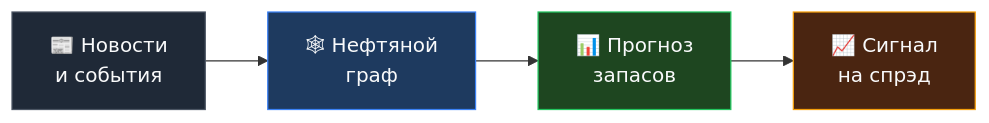
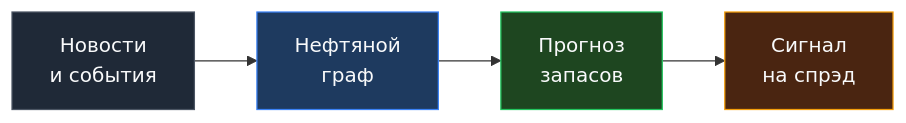
One commit to HSE-AI-Team61-clauDikie/oil-news-graph changed the first of 3 diagrams in README.md. Above: the diagram before and after it, drawn with Mermaid. The commit also changed other lines of this file, not shown here.

Commit message:
Remove emoji from README headings and diagrams

````diff
--- a/README.md
+++ b/README.md
@@ -63,11 +63,11 @@
 ```mermaid
 flowchart LR
-    A["📰 Новости<br/>и события"] --> B["🕸 Нефтяной<br/>граф"]
-    B --> C["📊 Прогноз<br/>запасов"]
-    C --> D["📈 Сигнал<br/>на спрэд"]
+    A["Новости<br/>и события"] --> B["Нефтяной<br/>граф"]
+    B --> C["Прогноз<br/>запасов"]
+    C --> D["Сигнал<br/>на спрэд"]
 
     style A fill:#1f2937,stroke:#4b5563,color:#f9fafb
     style B fill:#1e3a5f,stroke:#3b82f6,color:#f9fafb
     style C fill:#1e4620,stroke:#22c55e,color:#f9fafb
     style D fill:#4a2511,stroke:#f59e0b,color:#f9fafb
 ```
````
